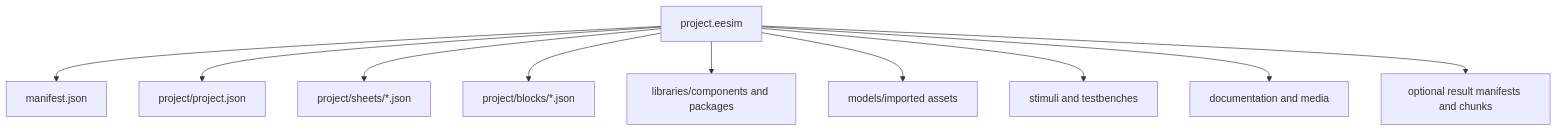
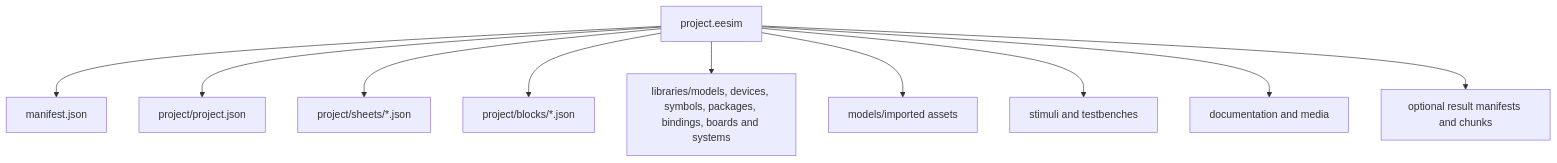
The diagram in docs/architecture/PROJECT_FILE_FORMAT.md (arifulbgt4/EEE_Simulator), drawn with Mermaid before and after one commit. The commit also changed other lines of this file and 138 other files, not shown here.

````diff
--- a/docs/architecture/PROJECT_FILE_FORMAT.md
+++ b/docs/architecture/PROJECT_FILE_FORMAT.md
@@ -16,13 +20,13 @@
 ```mermaid
 flowchart TD
     Archive["project.eesim"]
     Archive --> Manifest["manifest.json"]
     Archive --> Project["project/project.json"]
     Archive --> Sheets["project/sheets/*.json"]
     Archive --> Blocks["project/blocks/*.json"]
-    Archive --> Libraries["libraries/components and packages"]
+    Archive --> Libraries["libraries/models, devices, symbols, packages, bindings, boards and systems"]
     Archive --> Models["models/imported assets"]
     Archive --> Stimuli["stimuli and testbenches"]
     Archive --> Docs["documentation and media"]
     Archive --> Results["optional result manifests and chunks"]
 ```
````
